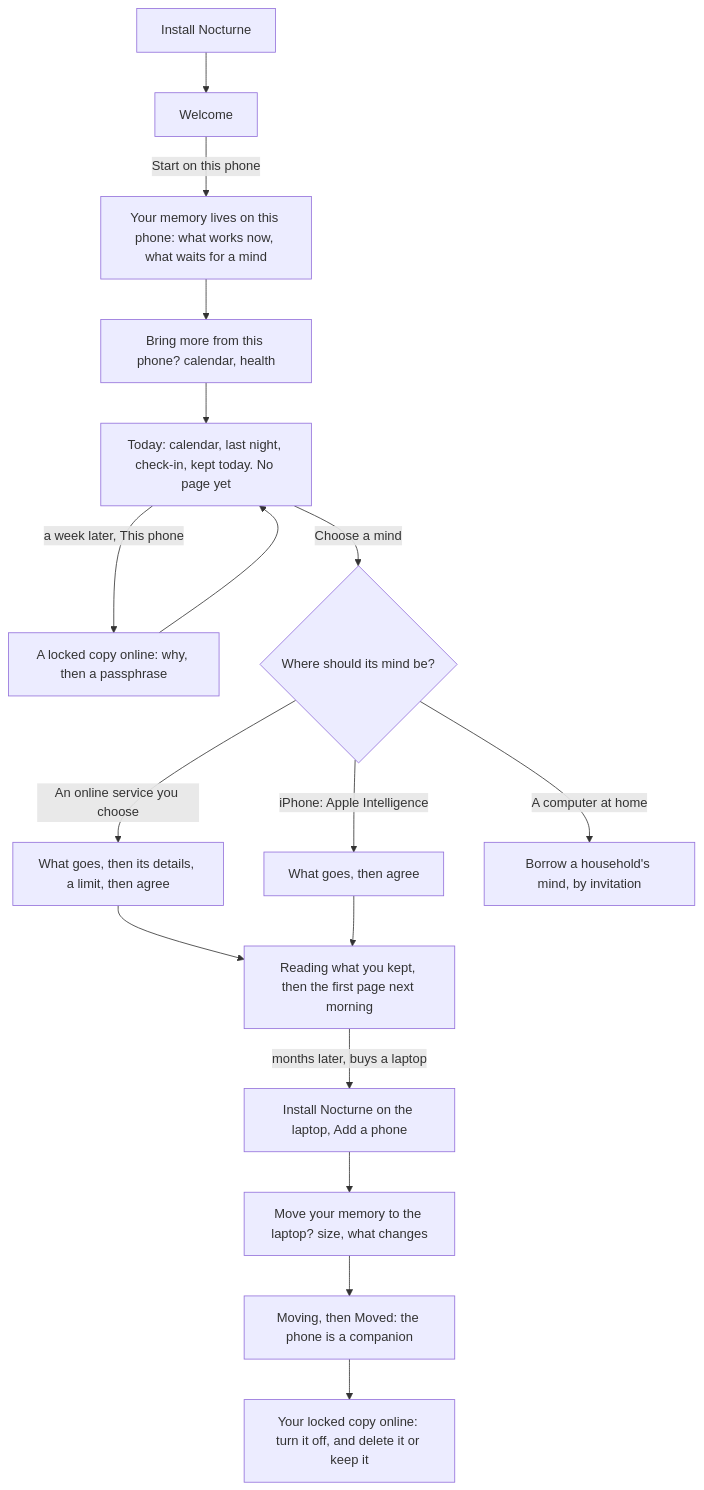
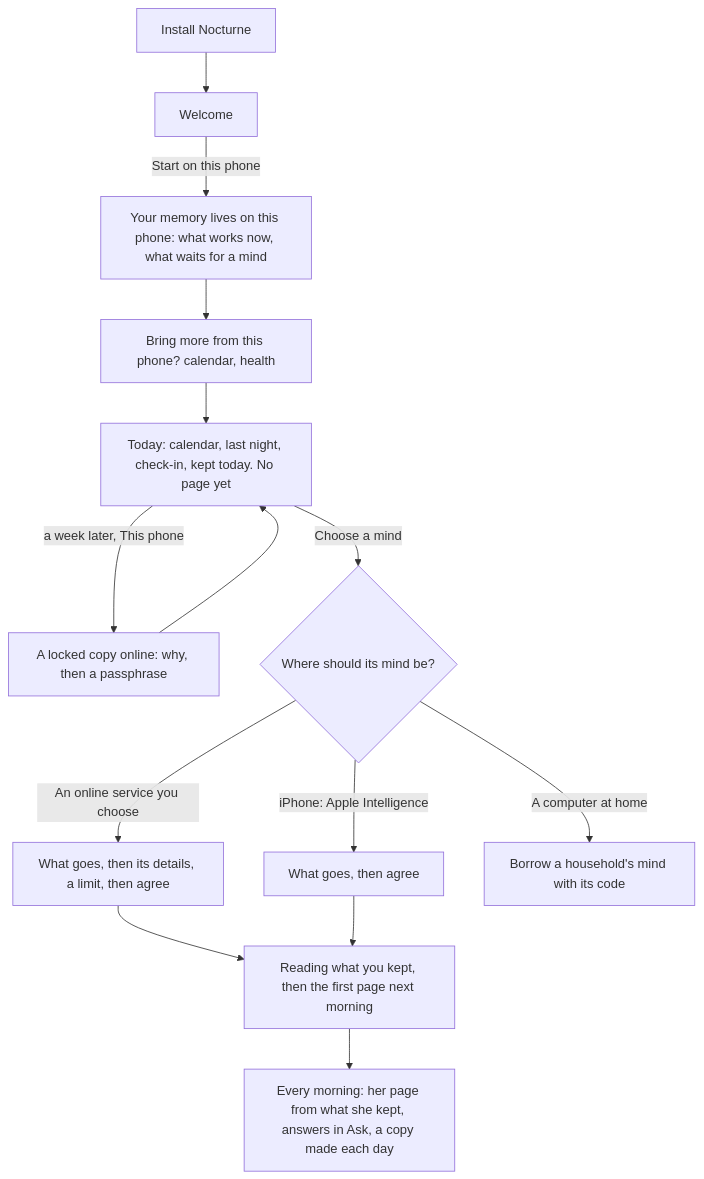
Before and after one commit to agync/nocturne: the second of 5 diagrams in docs/design/phone-parity.md, drawn with Mermaid. The commit also changed other lines of this file and 26 other files, not shown here.

````diff
--- a/docs/design/phone-parity.md
+++ b/docs/design/phone-parity.md
@@ -144,19 +148,16 @@
 ```mermaid
 flowchart TD
     I[Install Nocturne] --> W[Welcome]
     W -->|Start on this phone| ST[Your memory lives on this phone: what works now, what waits for a mind]
     ST --> OF[Bring more from this phone? calendar, health]
     OF --> T1[Today: calendar, last night, check-in, kept today. No page yet]
     T1 -->|a week later, This phone| CP[A locked copy online: why, then a passphrase]
     CP --> T1
     T1 -->|Choose a mind| CM{Where should its mind be?}
     CM -->|An online service you choose| SV[What goes, then its details, a limit, then agree]
     CM -->|iPhone: Apple Intelligence| AP[What goes, then agree]
-    CM -->|A computer at home| HH[Borrow a household's mind, by invitation]
+    CM -->|A computer at home| HH[Borrow a household's mind with its code]
     SV --> FP[Reading what you kept, then the first page next morning]
     AP --> FP
-    FP -->|months later, buys a laptop| D[Install Nocturne on the laptop, Add a phone]
-    D --> MV[Move your memory to the laptop? size, what changes]
-    MV --> MO[Moving, then Moved: the phone is a companion]
-    MO --> CO[Your locked copy online: turn it off, and delete it or keep it]
+    FP --> EV[Every morning: her page from what she kept, answers in Ask, a copy made each day]
 ```
````
